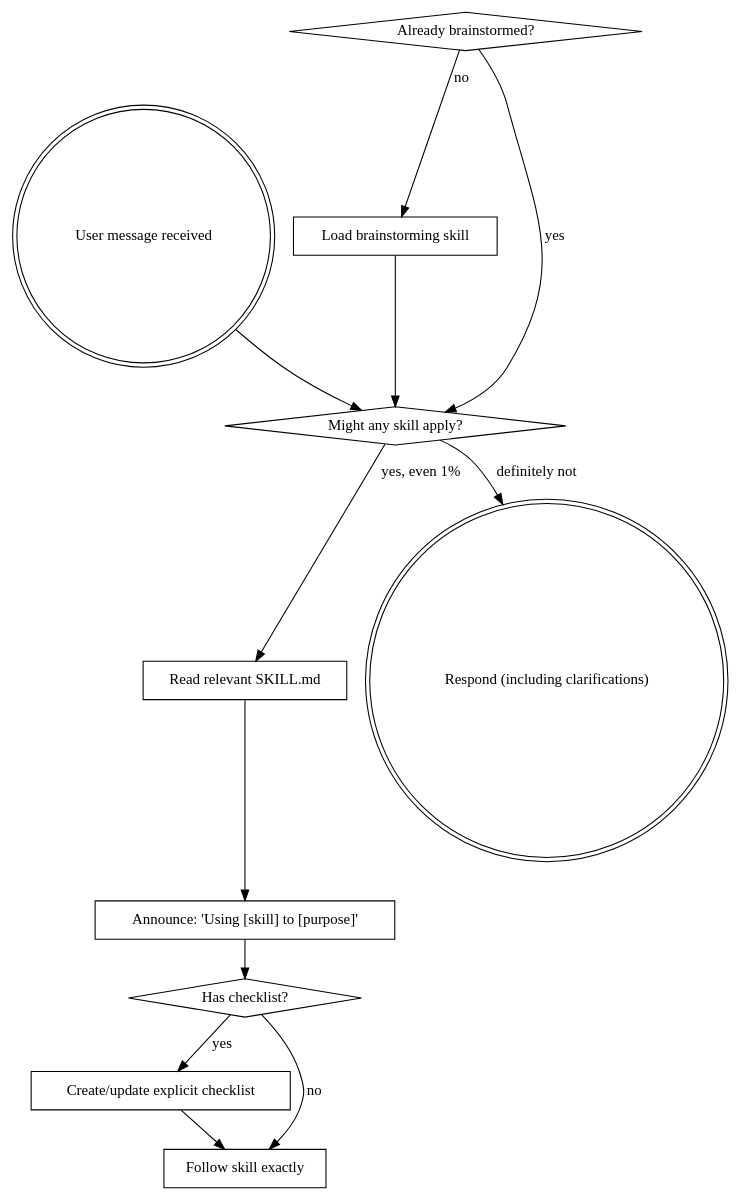
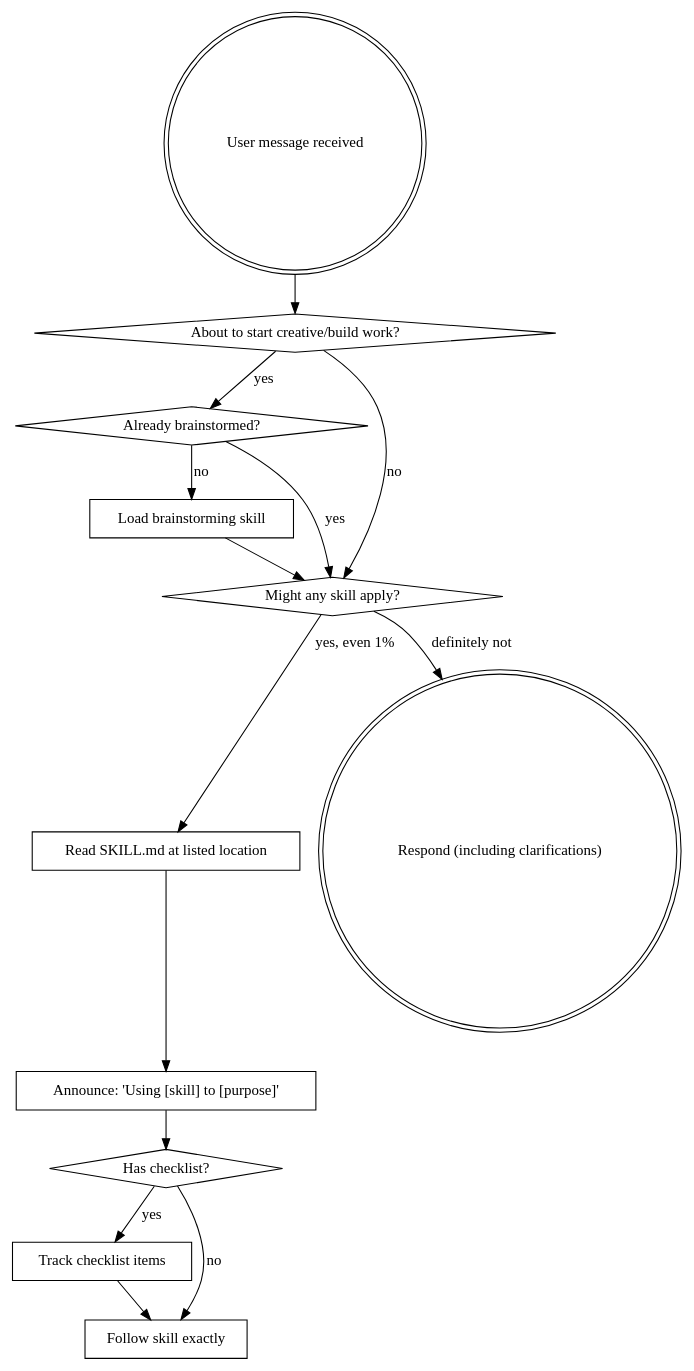
Before and after one commit to jbro/pi-agent: the diagram in skills/superpowers/using-superpowers/SKILL.md, drawn with Graphviz. The commit also changed other lines of this file and 38 other files, not shown here.

````diff
--- a/skills/superpowers/using-superpowers/SKILL.md
+++ b/skills/superpowers/using-superpowers/SKILL.md
@@ -26,27 +23,29 @@
 ```dot
 digraph skill_flow {
     "User message received" [shape=doublecircle];
+    "About to start creative/build work?" [shape=diamond];
     "Already brainstormed?" [shape=diamond];
     "Load brainstorming skill" [shape=box];
     "Might any skill apply?" [shape=diamond];
-    "Read relevant SKILL.md" [shape=box];
+    "Read SKILL.md at listed location" [shape=box];
     "Announce: 'Using [skill] to [purpose]'" [shape=box];
     "Has checklist?" [shape=diamond];
-    "Create/update explicit checklist" [shape=box];
+    "Track checklist items" [shape=box];
     "Follow skill exactly" [shape=box];
     "Respond (including clarifications)" [shape=doublecircle];
 
+    "User message received" -> "About to start creative/build work?";
+    "About to start creative/build work?" -> "Already brainstormed?" [label="yes"];
+    "About to start creative/build work?" -> "Might any skill apply?" [label="no"];
     "Already brainstormed?" -> "Load brainstorming skill" [label="no"];
     "Already brainstormed?" -> "Might any skill apply?" [label="yes"];
     "Load brainstorming skill" -> "Might any skill apply?";
-
-    "User message received" -> "Might any skill apply?";
-    "Might any skill apply?" -> "Read relevant SKILL.md" [label="yes, even 1%"];
+    "Might any skill apply?" -> "Read SKILL.md at listed location" [label="yes, even 1%"];
     "Might any skill apply?" -> "Respond (including clarifications)" [label="definitely not"];
-    "Read relevant SKILL.md" -> "Announce: 'Using [skill] to [purpose]'";
+    "Read SKILL.md at listed location" -> "Announce: 'Using [skill] to [purpose]'";
     "Announce: 'Using [skill] to [purpose]'" -> "Has checklist?";
-    "Has checklist?" -> "Create/update explicit checklist" [label="yes"];
+    "Has checklist?" -> "Track checklist items" [label="yes"];
     "Has checklist?" -> "Follow skill exactly" [label="no"];
-    "Create/update explicit checklist" -> "Follow skill exactly";
+    "Track checklist items" -> "Follow skill exactly";
 }
 ```
````
